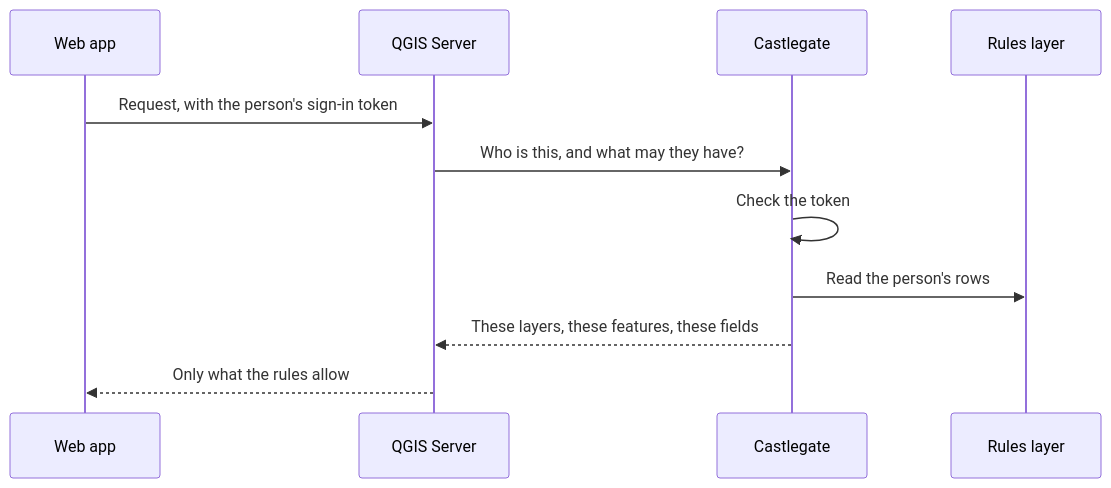
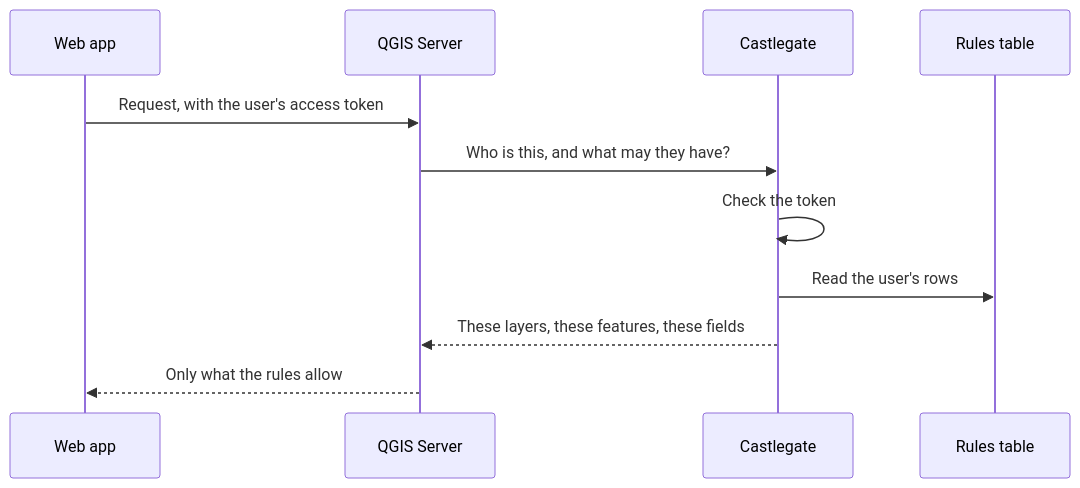
The diagram in README.md (vectoriahq/castlegate), drawn with Mermaid before and after one commit. The commit also changed other lines of this file and 16 other files, not shown here.

First line of the commit message:
feat(rules)!: name the rules table's columns in QGIS Server and WFS-T terms

````diff
--- a/README.md
+++ b/README.md
@@ -38,13 +38,13 @@
 ```mermaid
 sequenceDiagram
     participant App as Web app
     participant QS as QGIS Server
     participant CG as Castlegate
-    participant Rules as Rules layer
-    App->>QS: Request, with the person's sign-in token
+    participant Rules as Rules table
+    App->>QS: Request, with the user's access token
     QS->>CG: Who is this, and what may they have?
     CG->>CG: Check the token
-    CG->>Rules: Read the person's rows
+    CG->>Rules: Read the user's rows
     CG-->>QS: These layers, these features, these fields
     QS-->>App: Only what the rules allow
 ```
````
